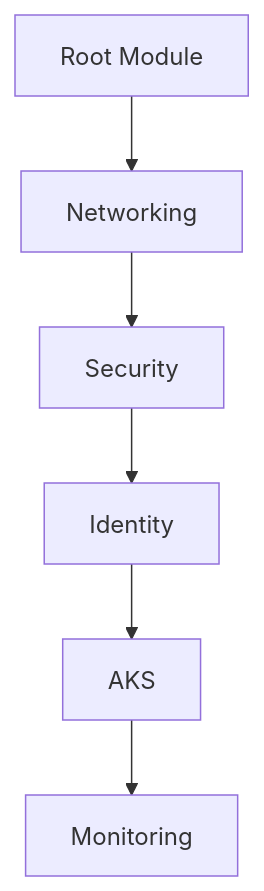
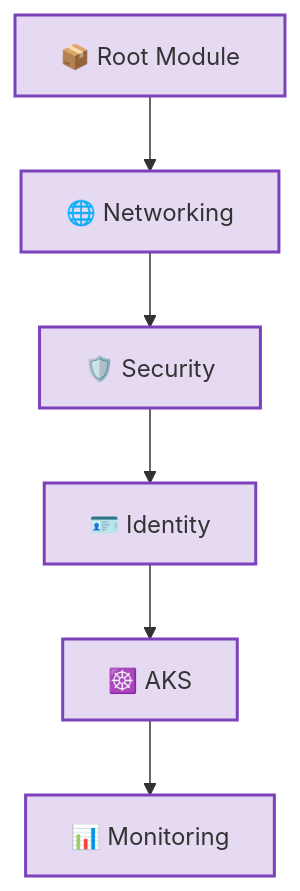
The second of 6 diagrams in README.md (aniket-devop/aniket-devop), drawn with Mermaid before and after one commit. The commit also changed other lines of this file, not shown here.

First line of the commit message:
Enhance architecture diagrams and descriptions in README

````diff
--- a/README.md
+++ b/README.md
@@ -150,8 +166,11 @@
 ```mermaid
 flowchart TD
-    ROOT["Root Module"] --> NET["Networking"]
-    NET --> SEC["Security"]
-    SEC --> ID["Identity"]
-    ID --> AKSM["AKS"]
-    AKSM --> MON["Monitoring"]
+    ROOT["📦 Root Module"] --> NET["🌐 Networking"]
+    NET --> SEC["🛡️ Security"]
+    SEC --> ID["🪪 Identity"]
+    ID --> AKSM["☸️ AKS"]
+    AKSM --> MON["📊 Monitoring"]
+
+    classDef mod fill:#e6d9f2,stroke:#7B42BC,stroke-width:2px
+    class ROOT,NET,SEC,ID,AKSM,MON mod
 ```
````
